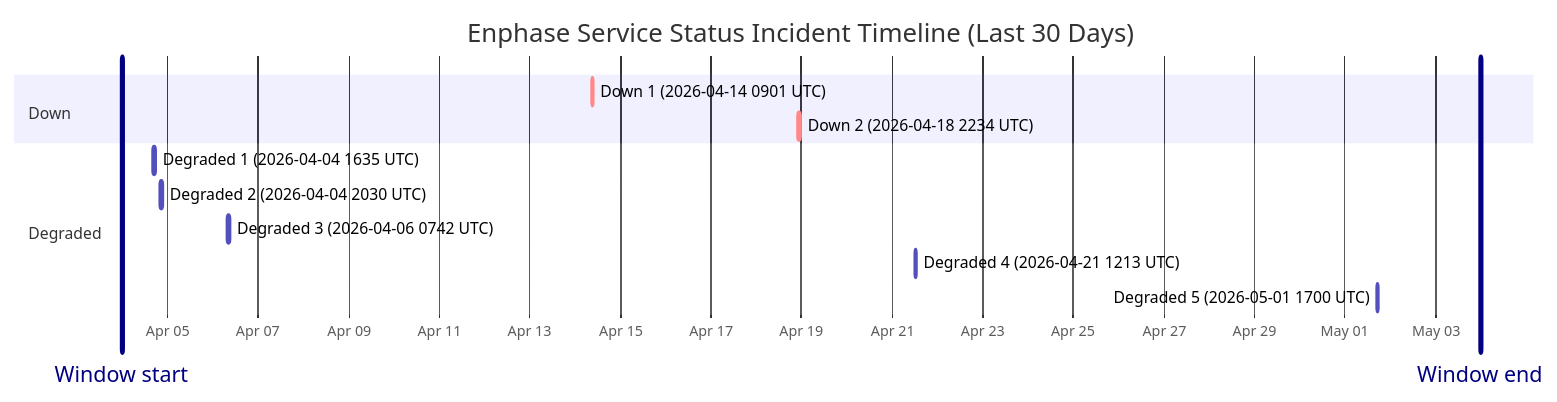
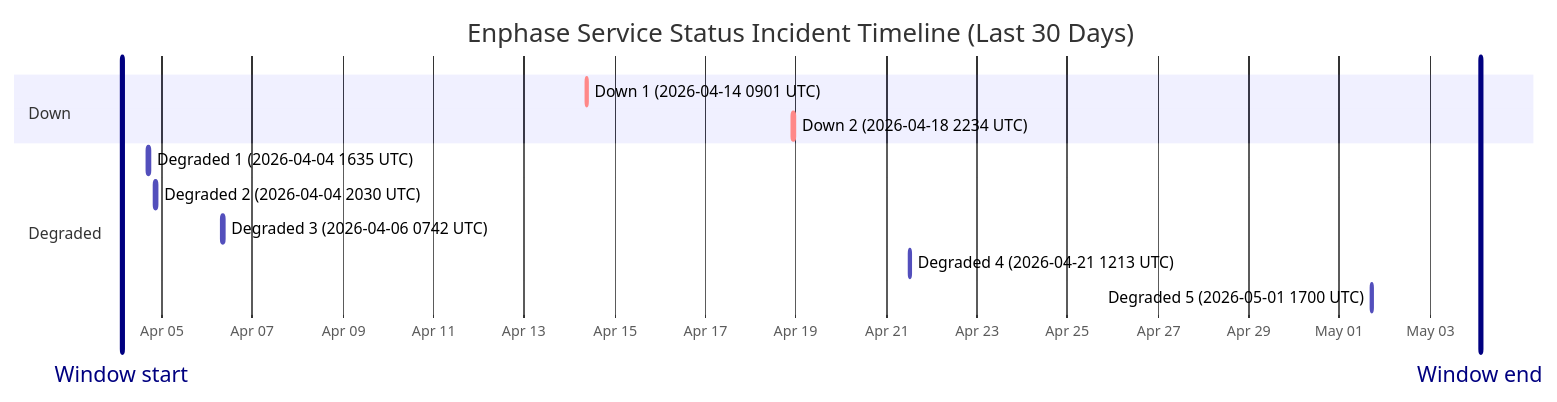
Before and after one commit to barneyonline/ha-enphase-ev-charger: the diagram in wiki/Service-Status-History.md, drawn with Mermaid. The commit also changed other lines of this file and 3 other files, not shown here.

````diff
--- a/wiki/Service-Status-History.md
+++ b/wiki/Service-Status-History.md
@@ -14,17 +14,17 @@
 ```mermaid
 gantt
     title Enphase Service Status Incident Timeline (Last 30 Days)
     dateFormat  YYYY-MM-DDTHH:mm:ss
     axisFormat  %b %d
-    Window start :vert, window-start, 2026-04-03T23:43:20, 0ms
-    Window end :vert, window-end, 2026-05-03T23:43:20, 0ms
+    Window start :vert, window-start, 2026-04-04T02:46:17, 0ms
+    Window end :vert, window-end, 2026-05-04T02:46:17, 0ms
     section Down
     Down 1 (2026-04-14 0901 UTC) :crit, down-1, 2026-04-14T09:01:13, 60m
     Down 2 (2026-04-18 2234 UTC) :crit, down-2, 2026-04-18T22:34:13, 60m
     section Degraded
     Degraded 1 (2026-04-04 1635 UTC) :active, degraded-1, 2026-04-04T16:35:17, 60m
     Degraded 2 (2026-04-04 2030 UTC) :active, degraded-2, 2026-04-04T20:30:40, 60m
     Degraded 3 (2026-04-06 0742 UTC) :active, degraded-3, 2026-04-06T07:42:09, 85m
     Degraded 4 (2026-04-21 1213 UTC) :active, degraded-4, 2026-04-21T12:13:11, 60m
     Degraded 5 (2026-05-01 1700 UTC) :active, degraded-5, 2026-05-01T17:00:22, 60m
 ```
````
